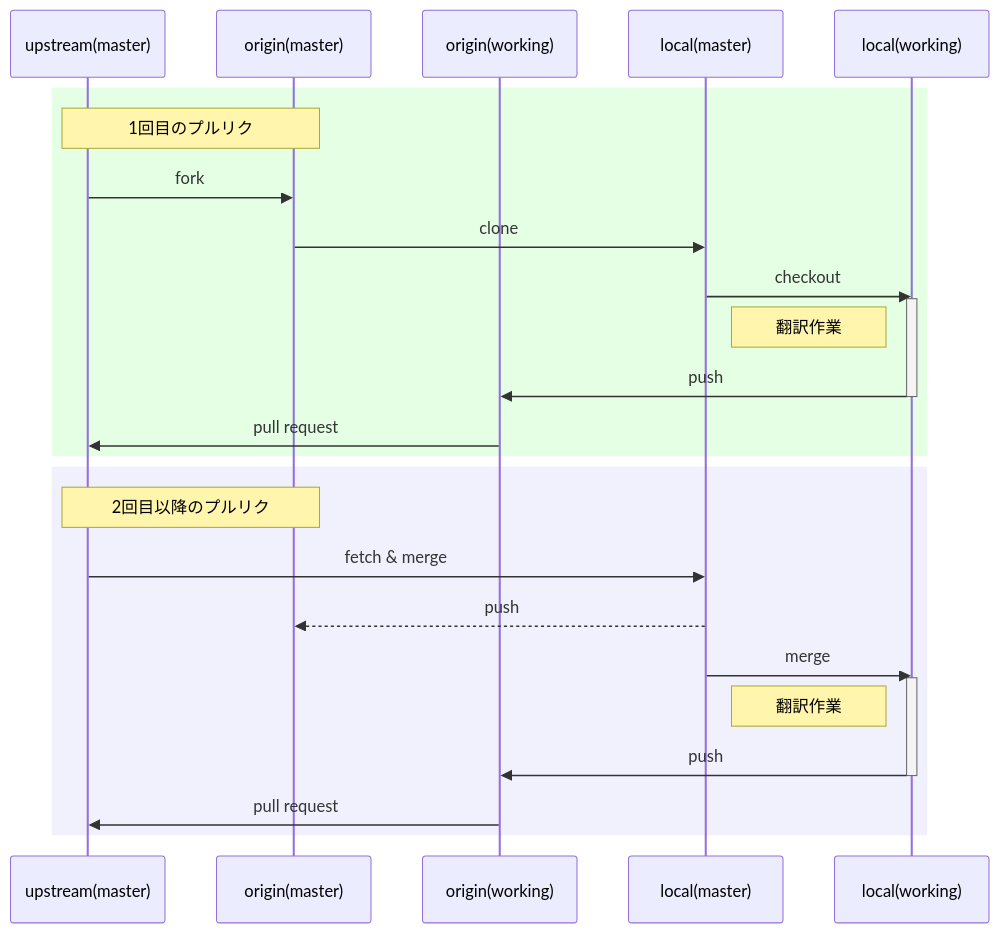
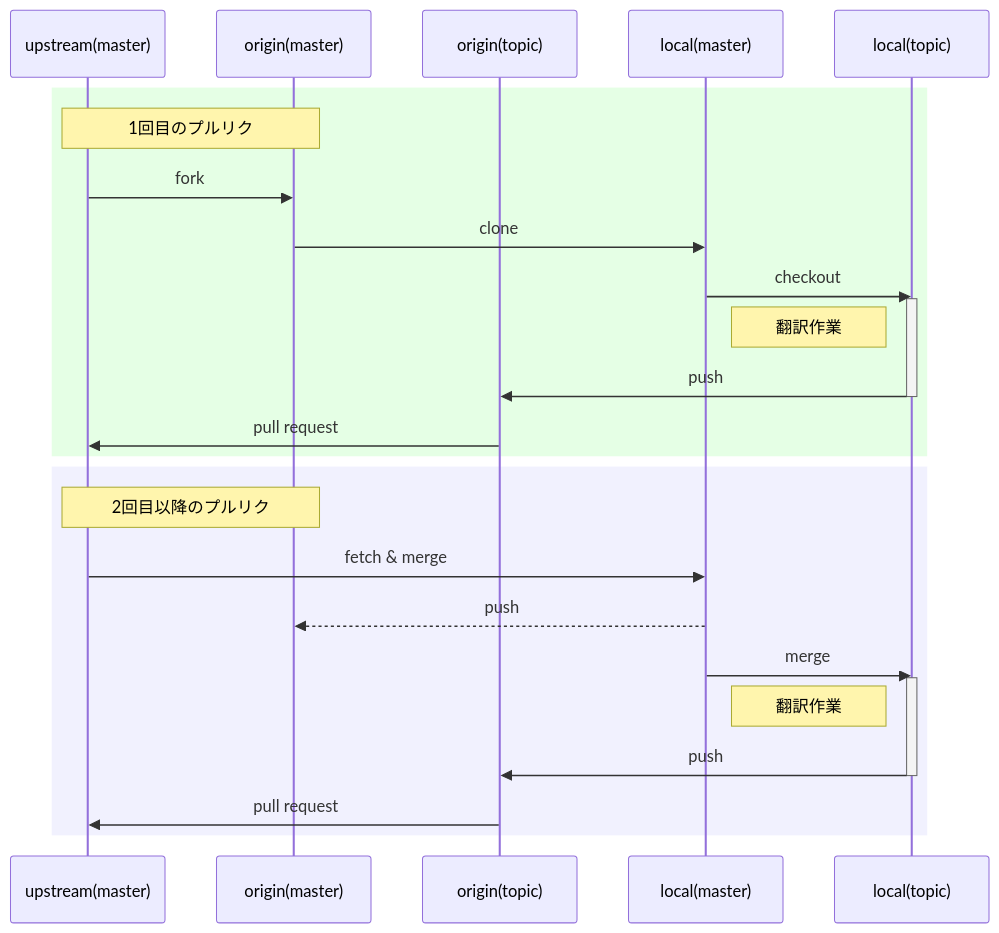
The sixth of 6 diagrams in articles/translate-with-gitandgithub.md (yo-goto/zenn-public-repo), drawn with Mermaid before and after one commit. The commit also changed other lines of this file, not shown here.

````diff
--- a/articles/translate-with-gitandgithub.md
+++ b/articles/translate-with-gitandgithub.md
@@ -391,30 +506,30 @@
 ```mermaid
 sequenceDiagram
 	participant A as upstream(master)
 	participant B as origin(master)
-	participant C as origin(working)
+	participant C as origin(topic)
 	participant D as local(master)
-	participant E as local(working)
+	participant E as local(topic)
 	rect rgba(0, 255, 0, .1)
 		Note over A,B: 1回目のプルリク
 		A->>B: fork
 		B->>D: clone
 		D->>E: checkout
 		activate E
 		Note left of E: 翻訳作業
 		E->>C: push
 		deactivate E
 		C->>A: pull request
 	end
 	rect rgba(120, 120, 240, .1)
 		Note over A,B: 2回目以降のプルリク
 		A->>D: fetch & merge
 		D-->>B: push
 		D->>E: merge
 		activate E
 		Note left of E: 翻訳作業
 		E->>C: push
 		deactivate E
 		C->>A: pull request
 	end
 ```
````
